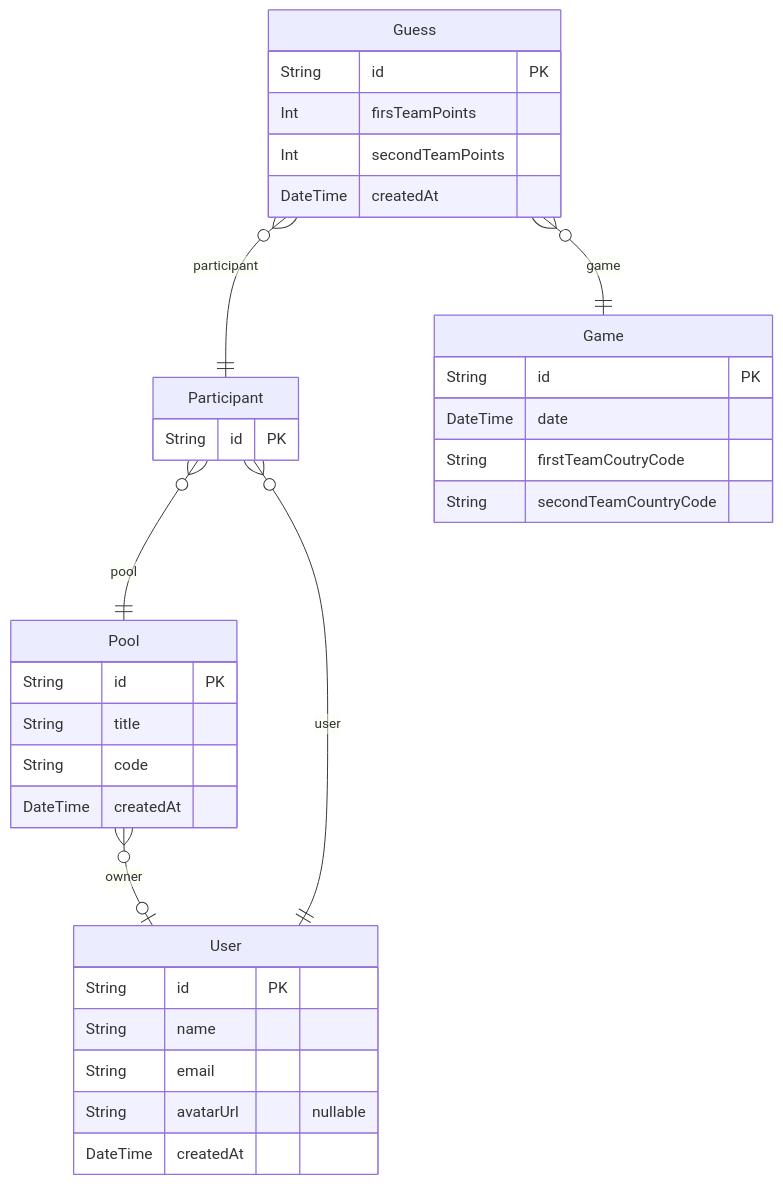
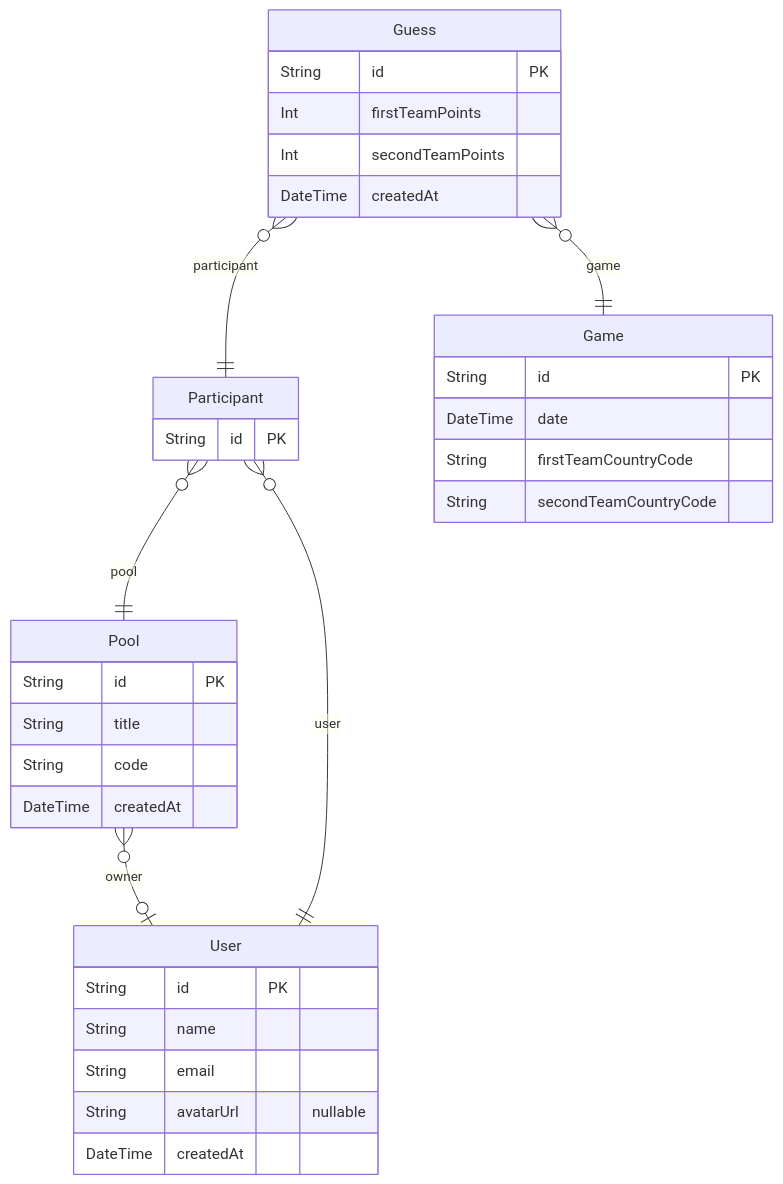
The diagram in server/prisma/debug/3-mermaid.mmd (renanvcb/nlw-copa), drawn with Mermaid before and after one commit. The commit also changed 9 other files, not shown here.

Commit message:
Server: schema and routes corrections

```diff
--- a/server/prisma/debug/3-mermaid.mmd
+++ b/server/prisma/debug/3-mermaid.mmd
@@ -1,44 +1,44 @@
 erDiagram
 
   Pool {
     String id PK 
     String title  
     String code  
     DateTime createdAt  
     }
   
 
   Participant {
     String id PK 
     }
   
 
   User {
     String id PK 
     String name  
     String email  
     String avatarUrl  "nullable"
     DateTime createdAt  
     }
   
 
   Game {
     String id PK 
     DateTime date  
-    String firstTeamCoutryCode  
+    String firstTeamCountryCode  
     String secondTeamCountryCode  
     }
   
 
   Guess {
     String id PK 
-    Int firsTeamPoints  
+    Int firstTeamPoints  
     Int secondTeamPoints  
     DateTime createdAt  
     }
   
     Pool o{--|o User : "owner"
     Participant o{--|| User : "user"
     Participant o{--|| Pool : "pool"
     Guess o{--|| Participant : "participant"
     Guess o{--|| Game : "game"
```
